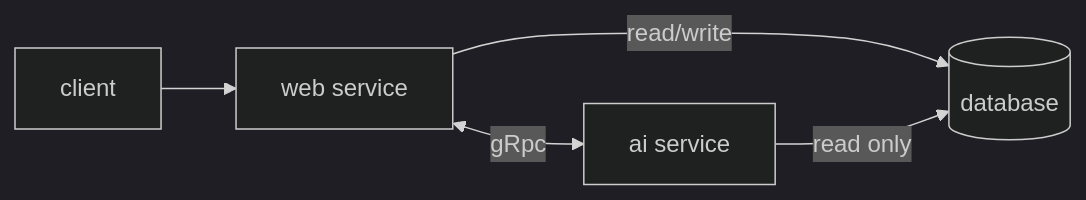
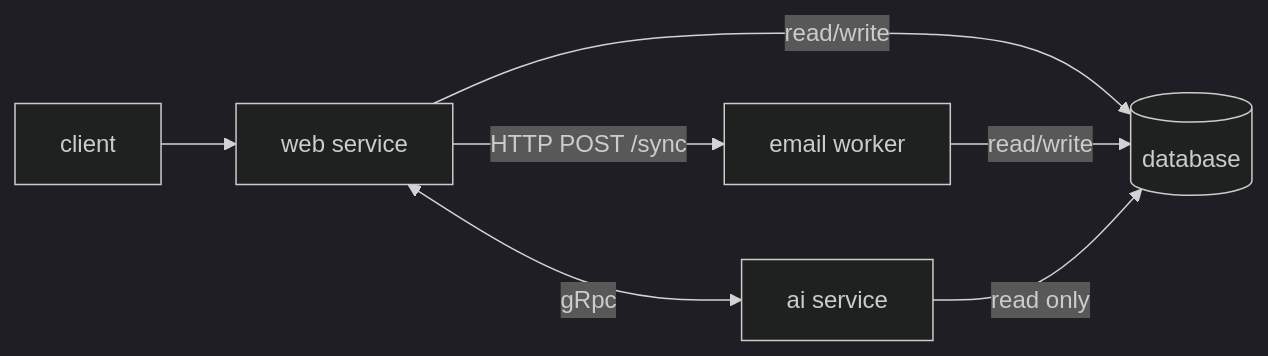
One commit to kaikaikoala/your-job-hunt changed the first of 2 diagrams in README.md. Above: the diagram before and after it, drawn with Mermaid (dark theme). The commit also changed other lines of this file and 39 other files, not shown here.

````diff
--- a/README.md
+++ b/README.md
@@ -25,12 +25,15 @@
 ```mermaid
 graph LR
     C[client]
     WS[web service]
     AS[ai service]
+    EW[email worker]
     DB[(database)]
 
     C --> WS
     WS <-->|gRpc| AS
     WS -->|read/write| DB
+    WS -->|HTTP POST /sync| EW
+    EW -->|read/write| DB
     AS -->|read only| DB
 ```
````
